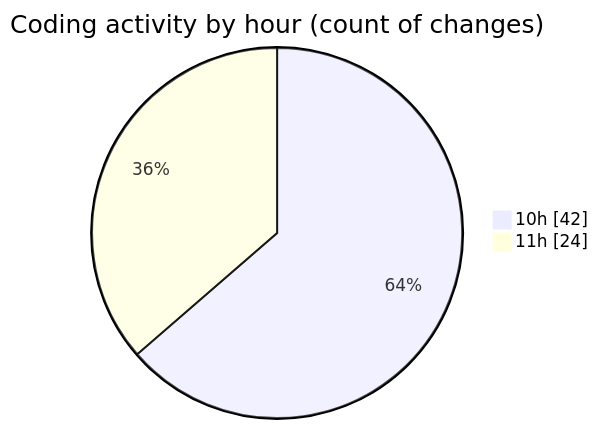
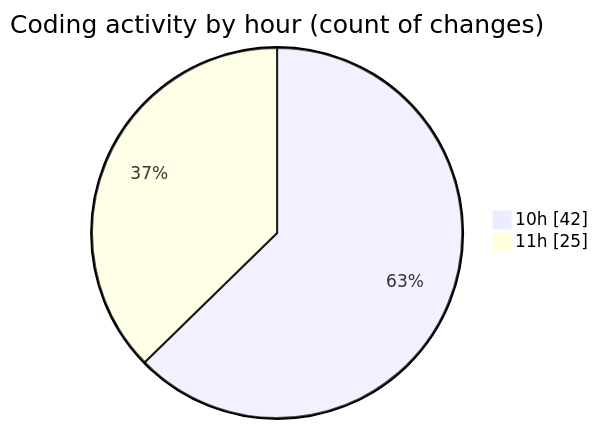
The second of 2 diagrams in 2025-05-15/ecodeli-1/README.md (CELIANVF/code-tracking), drawn with Mermaid before and after one commit. The commit also changed other lines of this file and 1 other file, not shown here.

````diff
--- a/2025-05-15/ecodeli-1/README.md
+++ b/2025-05-15/ecodeli-1/README.md
@@ -55,6 +55,6 @@
 ```mermaid
 pie showData
 title Coding activity by hour (count of changes)
 "10h" : 42
-"11h" : 24
+"11h" : 25
 ```
````
